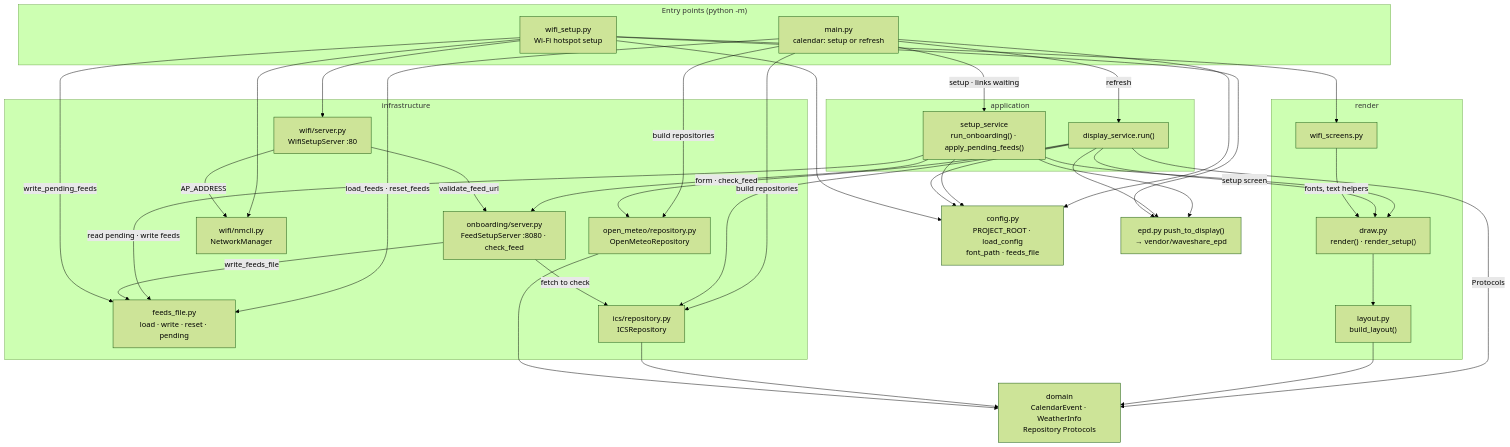
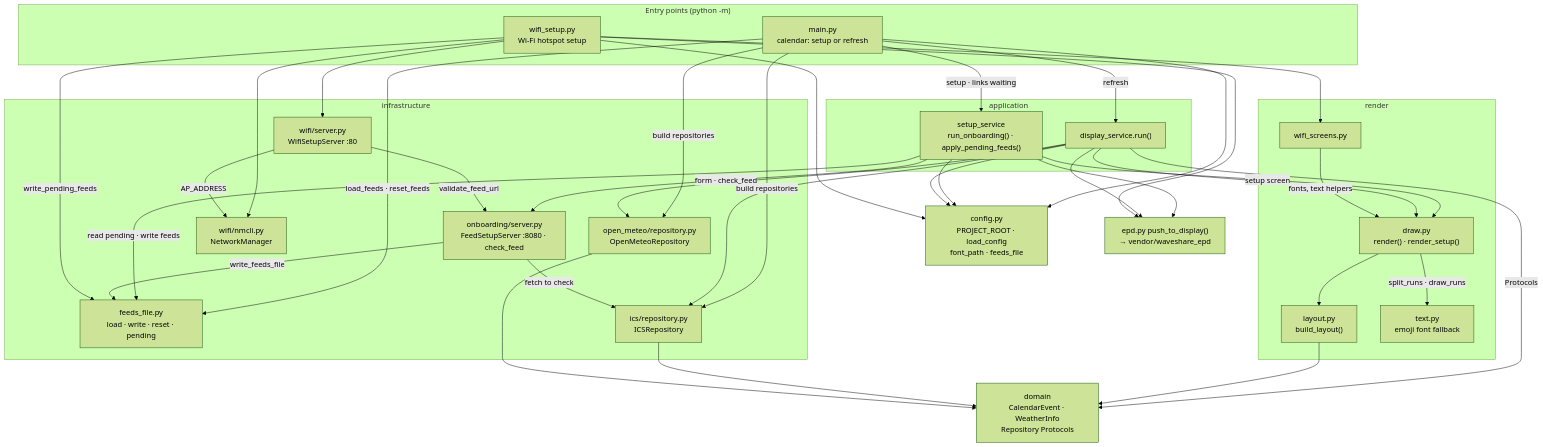
One commit to ShengKai234/google-calendar-api changed the first of 6 diagrams in docs/ARCHITECTURE.md. Above: the diagram before and after it, drawn with Mermaid (forest theme). The commit also changed 8 other files, not shown here.

First line of the commit message:
fix(render): draw emoji with Noto Emoji instead of tofu boxes

````diff
--- a/docs/ARCHITECTURE.md
+++ b/docs/ARCHITECTURE.md
@@ -17,60 +17,62 @@
 ```mermaid
 flowchart TB
   subgraph ENTRY["Entry points (python -m)"]
     MAIN["main.py<br/>calendar: setup or refresh"]
     WIFI["wifi_setup.py<br/>Wi-Fi hotspot setup"]
   end
   CFG["config.py<br/>PROJECT_ROOT · load_config<br/>font_path · feeds_file"]
   subgraph APP["application"]
     DS["display_service.run()"]
     SS["setup_service<br/>run_onboarding() · apply_pending_feeds()"]
   end
   subgraph INFRA["infrastructure"]
     FF["feeds_file.py<br/>load · write · reset · pending"]
     ICS["ics/repository.py<br/>ICSRepository"]
     OM["open_meteo/repository.py<br/>OpenMeteoRepository"]
     ONB["onboarding/server.py<br/>FeedSetupServer :8080 · check_feed"]
     NM["wifi/nmcli.py<br/>NetworkManager"]
     WS["wifi/server.py<br/>WifiSetupServer :80"]
   end
   subgraph RENDER["render"]
     DRAW["draw.py<br/>render() · render_setup()"]
     LAYOUT["layout.py<br/>build_layout()"]
     WSCR["wifi_screens.py"]
+    TEXT["text.py<br/>emoji font fallback"]
   end
   DOM["domain<br/>CalendarEvent · WeatherInfo<br/>Repository Protocols"]
   EPD["epd.py push_to_display()<br/>→ vendor/waveshare_epd"]
 
   MAIN --> CFG
   MAIN -->|"load_feeds · reset_feeds"| FF
   MAIN -->|"build repositories"| ICS
   MAIN -->|"build repositories"| OM
   MAIN -->|"setup · links waiting"| SS
   MAIN -->|"refresh"| DS
   SS --> CFG
   SS -->|"form · check_feed"| ONB
   SS -->|"read pending · write feeds"| FF
   SS -->|"setup screen"| DRAW
   SS --> EPD
   DS --> CFG
   DS -->|"Protocols"| DOM
   DS --> ICS
   DS --> OM
   DS --> DRAW
   DS --> EPD
   ONB -->|"write_feeds_file"| FF
   ONB -->|"fetch to check"| ICS
   WIFI --> CFG
   WIFI --> NM
   WIFI --> WS
   WIFI --> WSCR
   WIFI --> EPD
   WIFI -->|"write_pending_feeds"| FF
   WS -->|"AP_ADDRESS"| NM
   WS -->|"validate_feed_url"| ONB
   WSCR -->|"fonts, text helpers"| DRAW
   DRAW --> LAYOUT
+  DRAW -->|"split_runs · draw_runs"| TEXT
   LAYOUT --> DOM
   ICS --> DOM
   OM --> DOM
 ```
````
